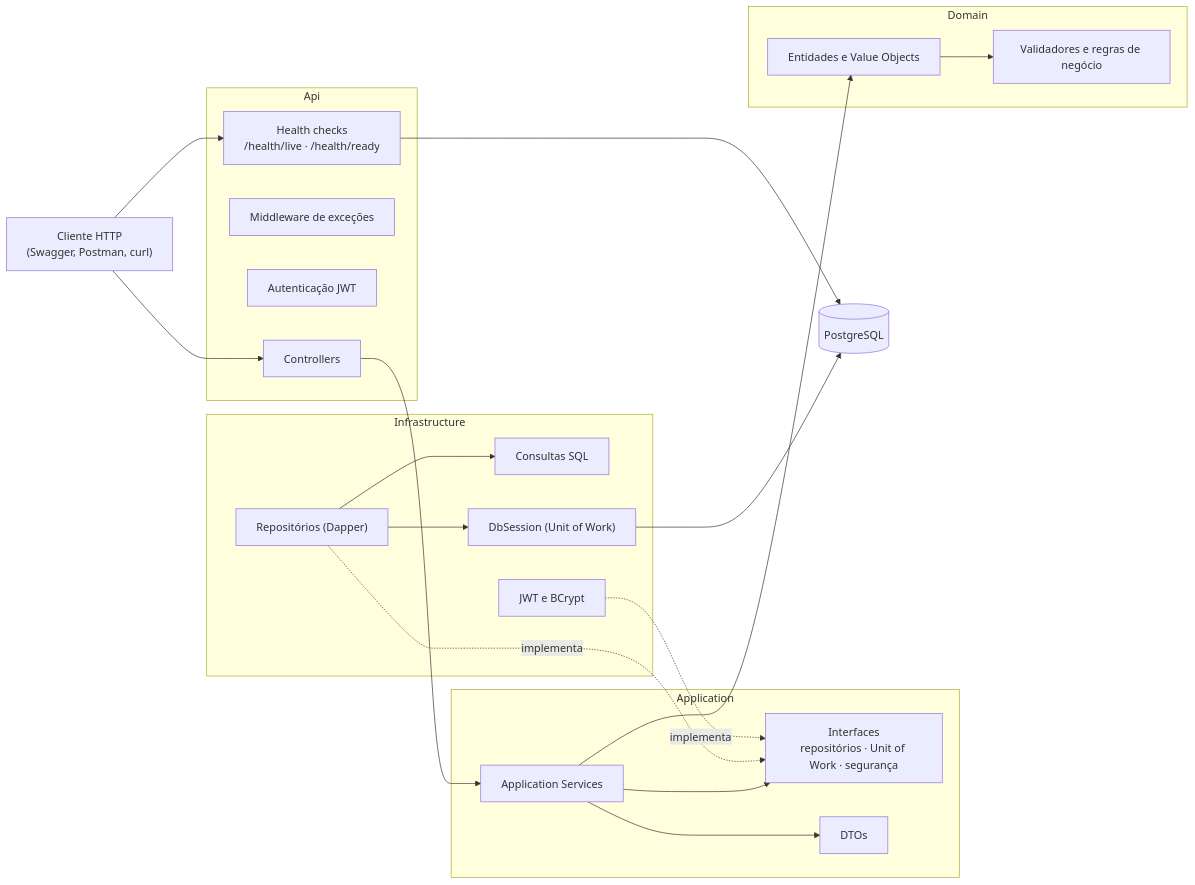
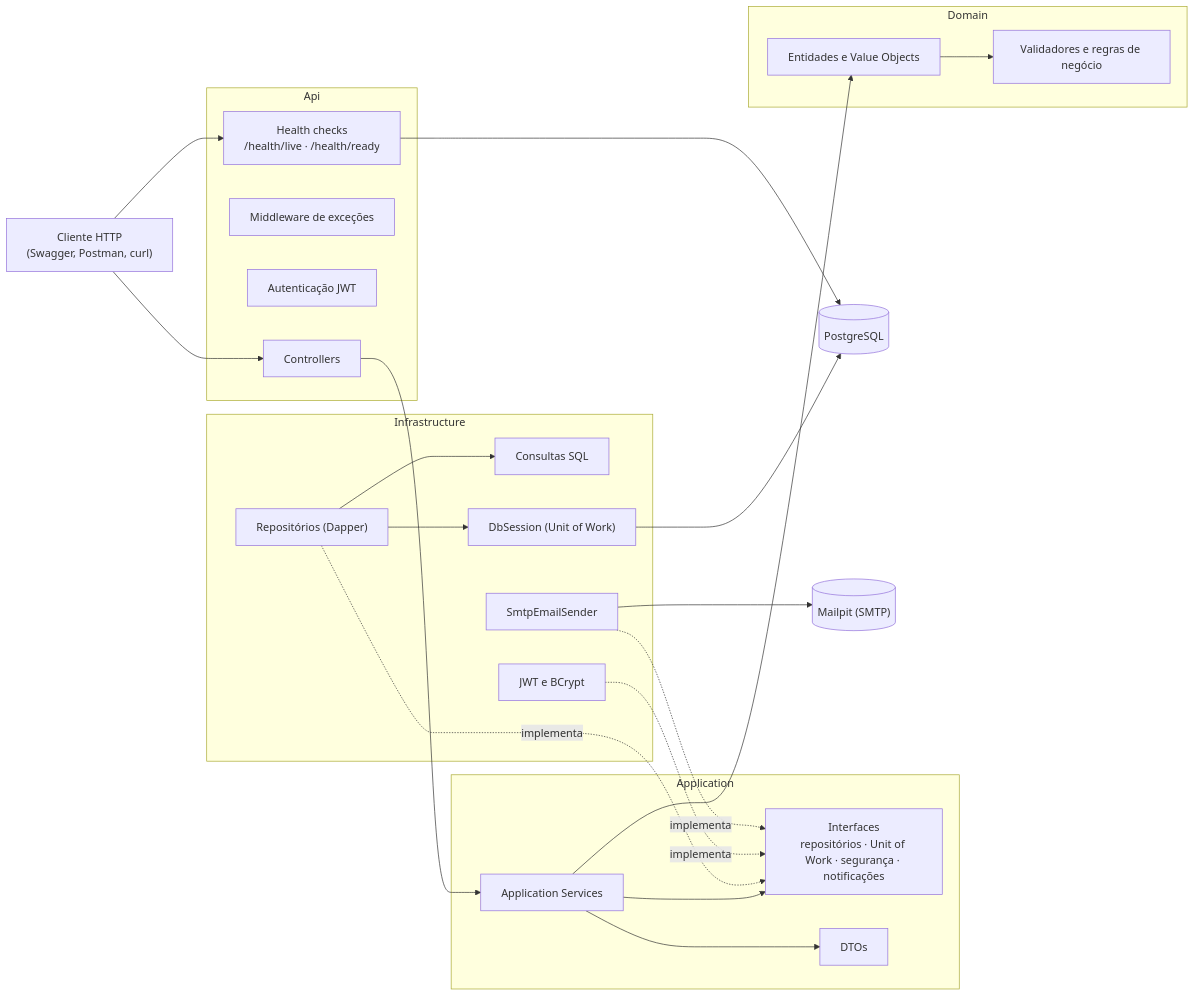
Before and after one commit to beatavernaro/GarageHub: the first of 3 diagrams in README.md, drawn with Mermaid. The commit also changed other lines of this file and 1 other file, not shown here.

````diff
--- a/README.md
+++ b/README.md
@@ -766,45 +778,49 @@
 ```mermaid
 flowchart LR
     cliente["Cliente HTTP<br/>(Swagger, Postman, curl)"]
 
     subgraph api["Api"]
         ctrl["Controllers"]
         mw["Middleware de exceções"]
         jwt["Autenticação JWT"]
         hc["Health checks<br/>/health/live · /health/ready"]
     end
 
     subgraph app["Application"]
         svc["Application Services"]
-        contratos["Interfaces<br/>repositórios · Unit of Work · segurança"]
+        contratos["Interfaces<br/>repositórios · Unit of Work · segurança · notificações"]
         dtos["DTOs"]
     end
 
     subgraph dom["Domain"]
         ent["Entidades e Value Objects"]
         val["Validadores e regras de negócio"]
     end
 
     subgraph infra["Infrastructure"]
         repo["Repositórios (Dapper)"]
         sql["Consultas SQL"]
         uow["DbSession (Unit of Work)"]
         seg["JWT e BCrypt"]
+        smtp["SmtpEmailSender"]
     end
 
     db[("PostgreSQL")]
+    mailpit[("Mailpit (SMTP)")]
 
     cliente --> ctrl
     cliente --> hc
     ctrl --> svc
     svc --> dtos
     svc --> ent
     ent --> val
     svc --> contratos
     repo -. implementa .-> contratos
     seg -. implementa .-> contratos
+    smtp -. implementa .-> contratos
+    smtp --> mailpit
     repo --> sql
     repo --> uow
     uow --> db
     hc --> db
 ```
````
